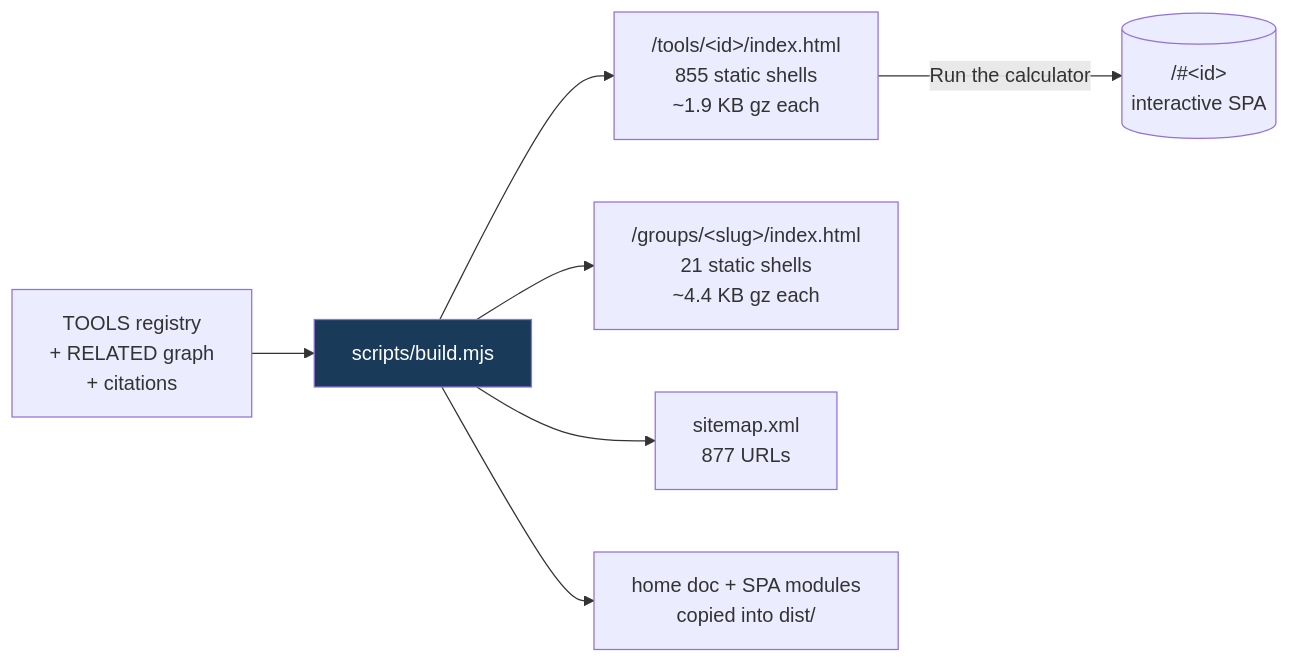
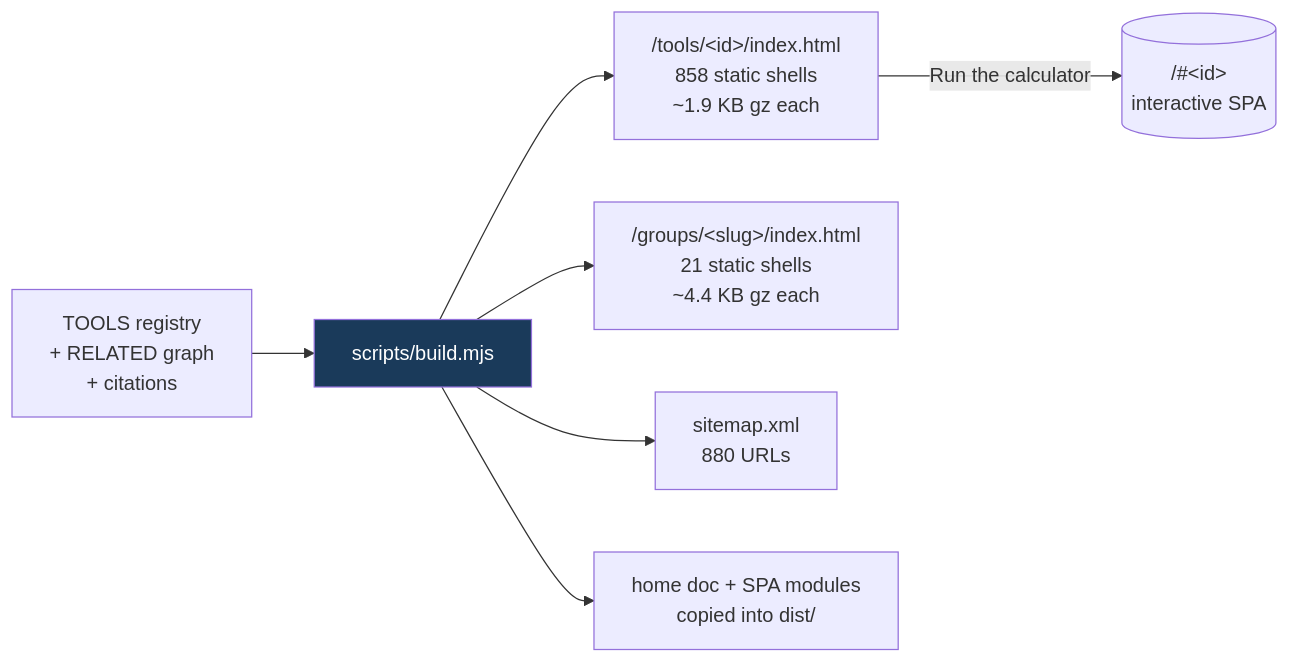
The fifth of 8 diagrams in README.md (clay-good/roughlogic.com), drawn with Mermaid before and after one commit. The commit also changed other lines of this file and 21 other files, not shown here.

````diff
--- a/README.md
+++ b/README.md
@@ -495,10 +495,10 @@
 ```mermaid
 flowchart LR
     SRC[TOOLS registry\n+ RELATED graph\n+ citations] --> BUILD[scripts/build.mjs]
-    BUILD --> TILE["/tools/&lt;id&gt;/index.html\n855 static shells\n~1.9 KB gz each"]
+    BUILD --> TILE["/tools/&lt;id&gt;/index.html\n858 static shells\n~1.9 KB gz each"]
     BUILD --> GROUP["/groups/&lt;slug&gt;/index.html\n21 static shells\n~4.4 KB gz each"]
-    BUILD --> MAP["sitemap.xml\n877 URLs"]
+    BUILD --> MAP["sitemap.xml\n880 URLs"]
     BUILD --> COPY[home doc + SPA modules\ncopied into dist/]
     TILE -->|Run the calculator| SPA[("/#&lt;id&gt;\ninteractive SPA")]
     style BUILD fill:#1a3a5a,color:#fff
 ```
````
